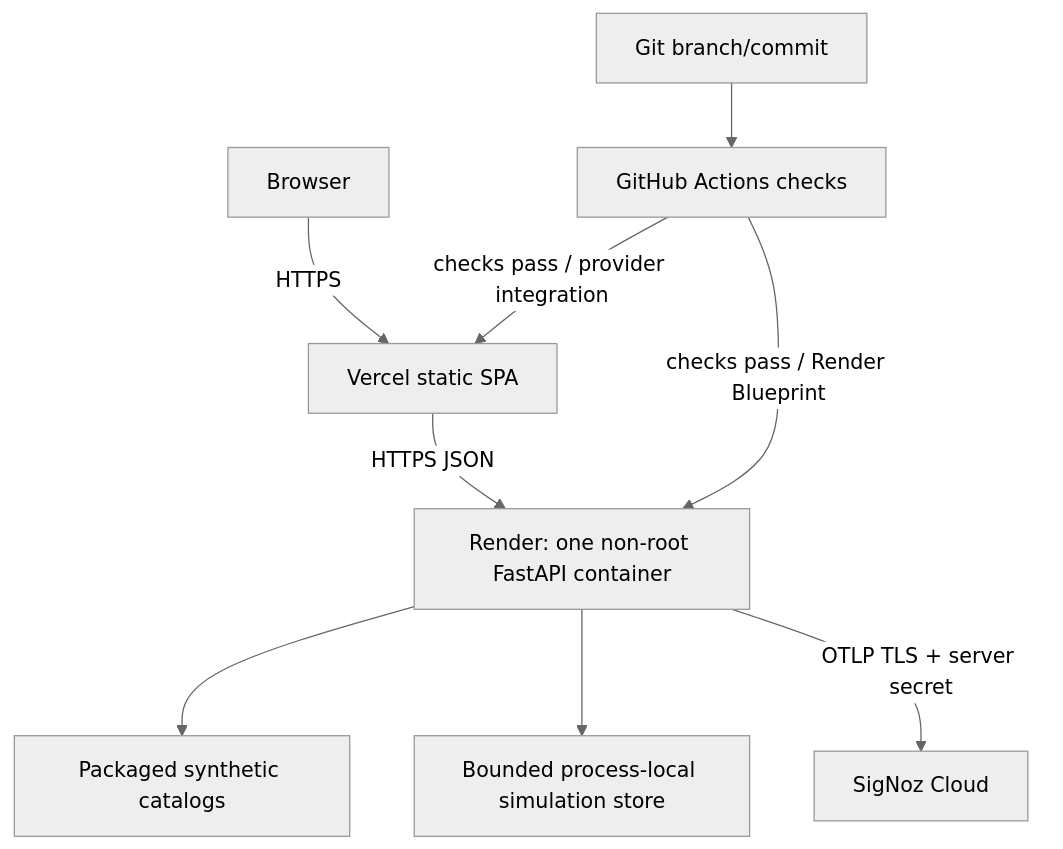
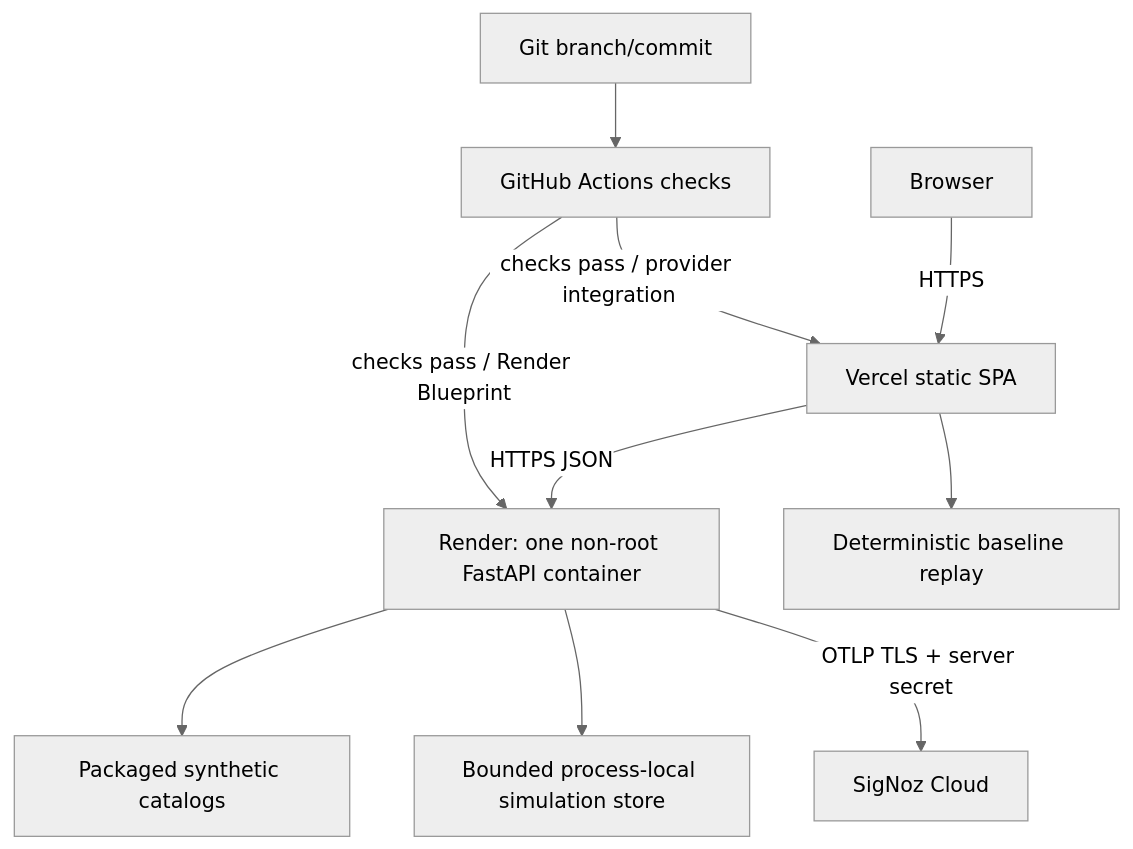
The diagram in docs/architecture/deployment.md (harshapriyag123/agentic-healthcare-digital-twi), drawn with Mermaid (neutral theme) before and after one commit. The commit also changed other lines of this file and 24 other files, not shown here.

Commit message:
fix: harden Vercel flows and observability UX

````diff
--- a/docs/architecture/deployment.md
+++ b/docs/architecture/deployment.md
@@ -3,11 +3,12 @@
 ```mermaid
 flowchart TB
   User[Browser] -->|HTTPS| Vercel[Vercel static SPA]
   Vercel -->|HTTPS JSON| Render[Render: one non-root FastAPI container]
   Render --> Files[Packaged synthetic catalogs]
   Render --> Memory[Bounded process-local simulation store]
+  Vercel --> Replay[Deterministic baseline replay]
   Render -->|OTLP TLS + server secret| SigNoz[SigNoz Cloud]
   Git[Git branch/commit] --> CI[GitHub Actions checks]
   CI -->|checks pass / provider integration| Vercel
   CI -->|checks pass / Render Blueprint| Render
 ```
````
